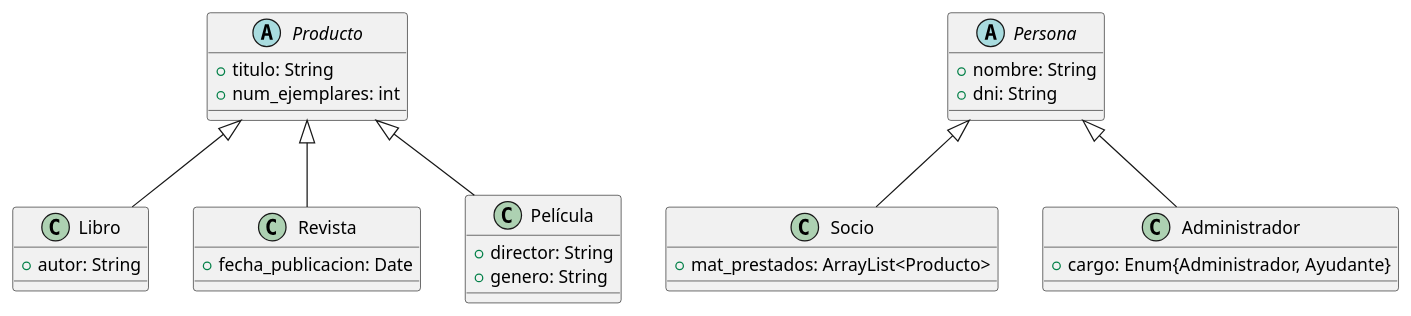
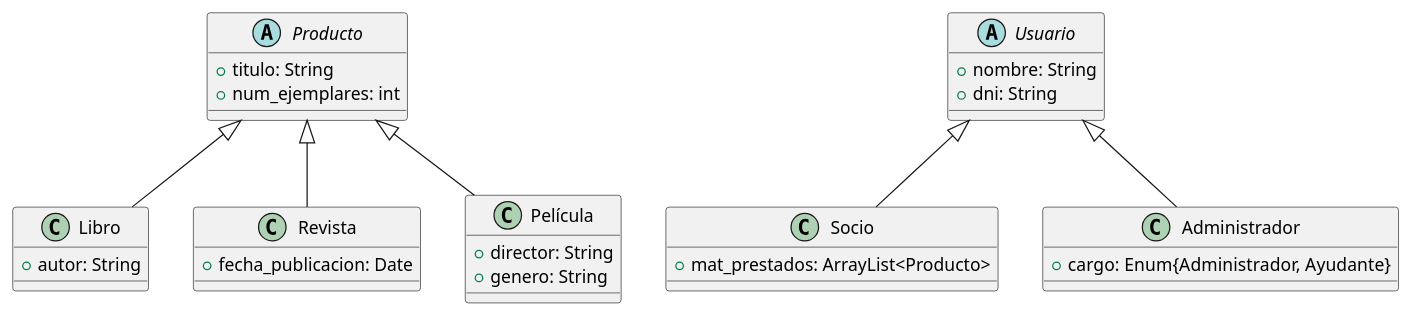
One commit to ComfyPenguin/Desarrollo-de-Interfaces changed the diagram in Gestion-Biblioteca/diseño.plantuml. Above: the diagram before and after it, drawn with PlantUML. The commit also changed 24 other files, not shown here.

```diff
--- a/Gestion-Biblioteca/diseño.plantuml
+++ b/Gestion-Biblioteca/diseño.plantuml
@@ -1,39 +1,39 @@
 @startuml
 abstract class Producto {
   +titulo: String
   +num_ejemplares: int
 }
 
 class Libro{
   +autor: String
 }
 
 class Revista{
   +fecha_publicacion: Date
 }
 
 class Película{
   +director: String
   +genero: String
 }   
 
 Producto <|-- Libro
 Producto <|-- Revista
 Producto <|-- Película
 
-abstract class Persona {
+abstract class Usuario {
   +nombre: String
   +dni: String
 }
 
 class Socio{
   +mat_prestados: ArrayList<Producto>
 }
 
 class Administrador{
   +cargo: Enum{Administrador, Ayudante}
 } 
 
-Persona <|-- Socio
-Persona <|-- Administrador
+Usuario <|-- Socio
+Usuario <|-- Administrador
 @enduml
```
